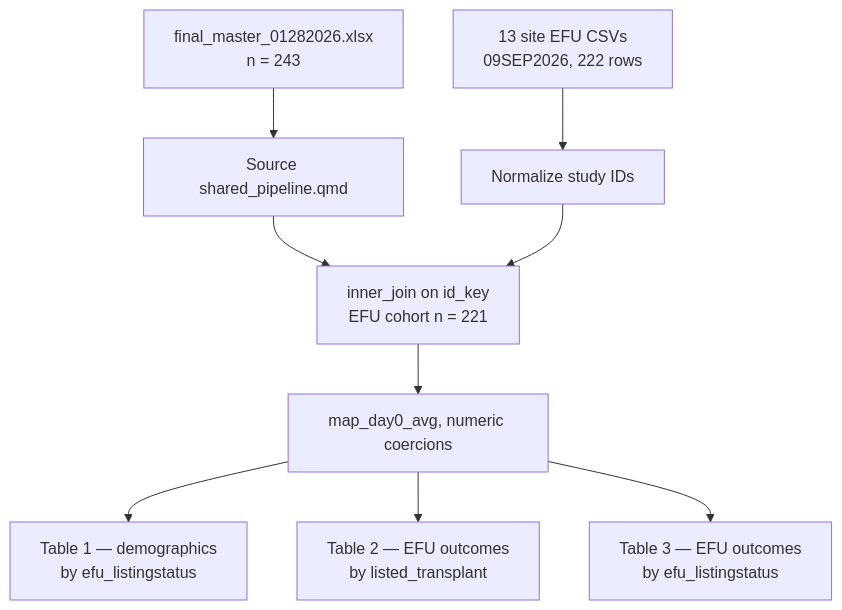
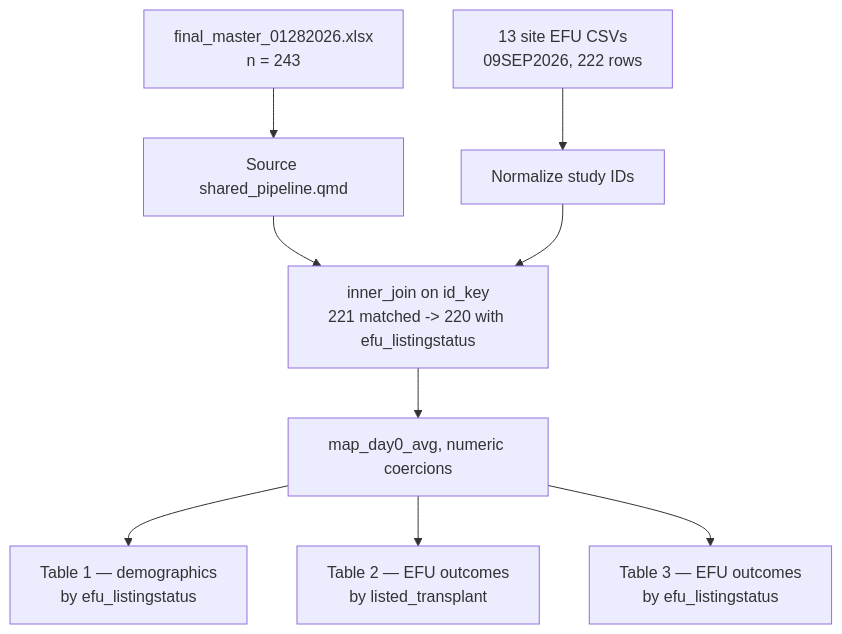
The diagram in docs/index.qmd (Tianqi-Ouyang/Terli-liver-transplant), drawn with Mermaid before and after one commit. The commit also changed other lines of this file and 2 other files, not shown here.

Commit message:
State n = 220 as the analytic cohort
222 site-file rows -> 221 match a master patient -> 220 have a recorded
efu_listingstatus, which Tables 1-4 require. Scope, data-handling notes,
summary page and CLAUDE.md now lead with 220 and keep the derivation as
provenance. Also corrects a stale note that still used the old table
numbering ("Tables 1 and 3 use n = 220, Table 2 uses n = 221").

No table values change; only Supplementary Table S1 (strata on
listed_transplant) still uses all 221.

````diff
--- a/docs/index.qmd
+++ b/docs/index.qmd
@@ -49,11 +49,11 @@
 ```{mermaid}
 flowchart TD
     A[final_master_01282026.xlsx<br/>n = 243] --> B[Source shared_pipeline.qmd]
     C[13 site EFU CSVs<br/>09SEP2026, 222 rows] --> D[Normalize study IDs]
-    B --> E[inner_join on id_key<br/>EFU cohort n = 221]
+    B --> E[inner_join on id_key<br/>221 matched -> 220 with efu_listingstatus]
     D --> E
     E --> F[map_day0_avg, numeric coercions]
     F --> G[Table 1 — demographics<br/>by efu_listingstatus]
     F --> H[Table 2 — EFU outcomes<br/>by listed_transplant]
     F --> I[Table 3 — EFU outcomes<br/>by efu_listingstatus]
 ```
````
